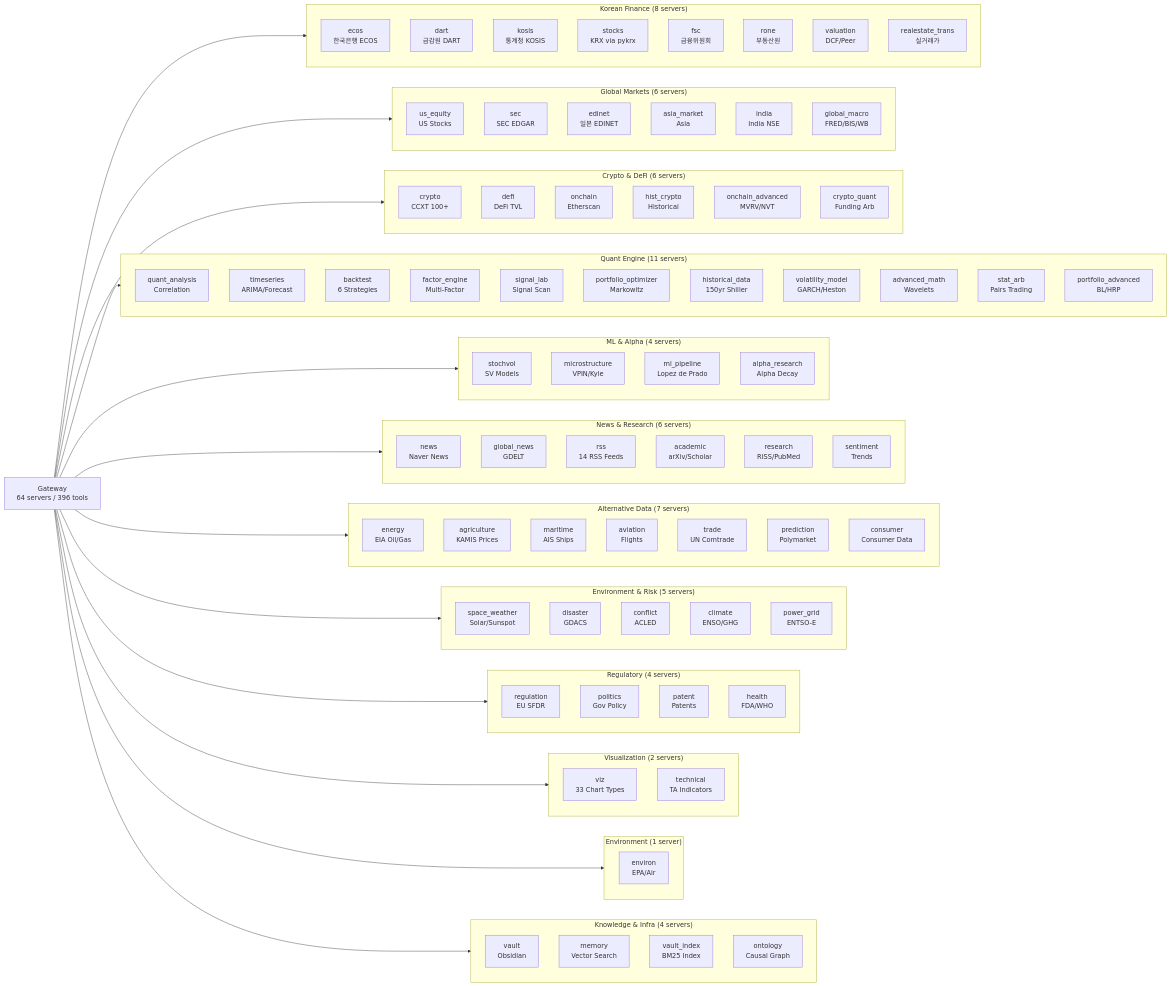
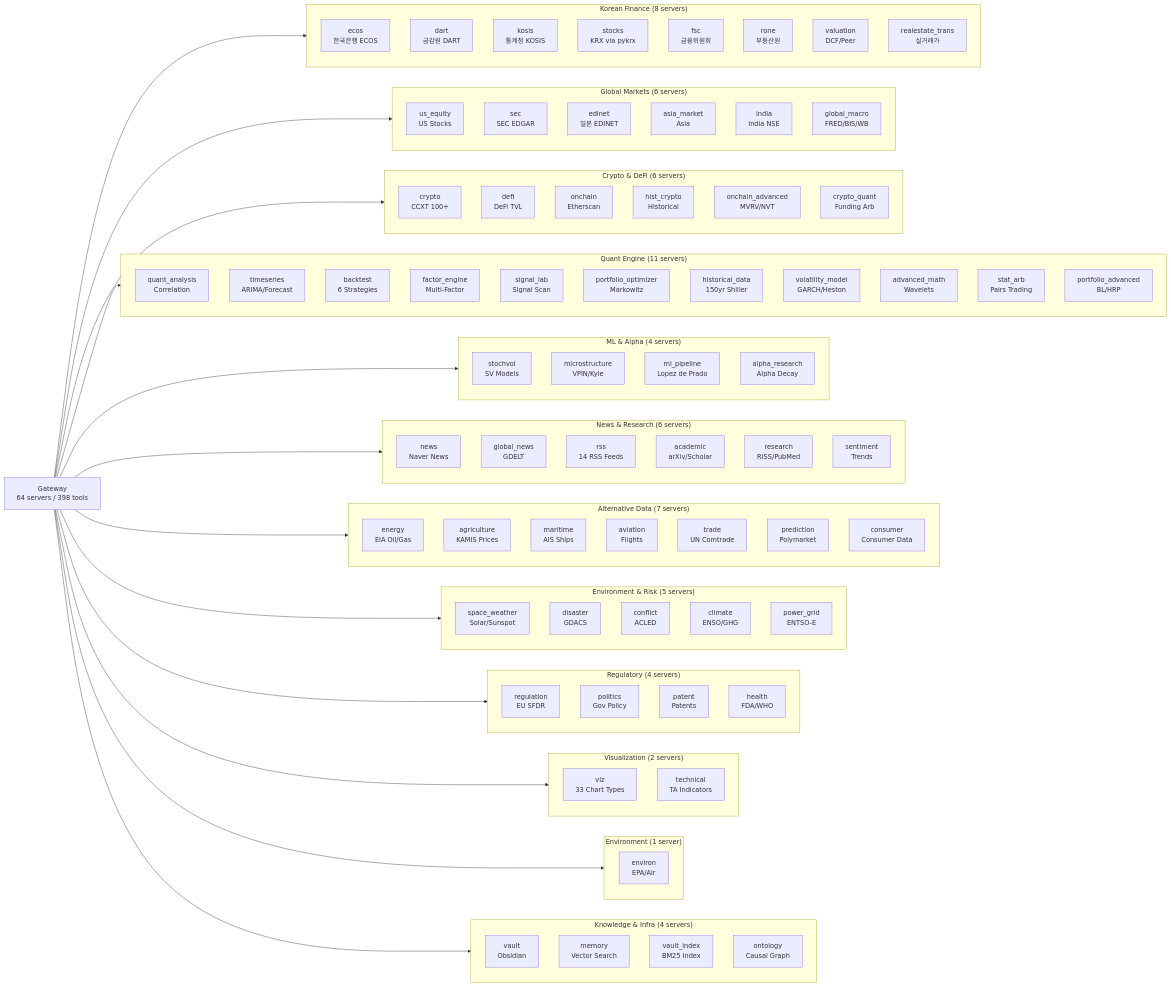
One commit to pollmap/nexus-finance-mcp changed the third of 6 diagrams in docs/DATA_FLOW.md. Above: the diagram before and after it, drawn with Mermaid. The commit also changed other lines of this file and 9 other files, not shown here.

````diff
--- a/docs/DATA_FLOW.md
+++ b/docs/DATA_FLOW.md
@@ -121,6 +121,6 @@
 ```mermaid
 graph LR
-    GW[Gateway<br/>64 servers / 396 tools]
+    GW[Gateway<br/>64 servers / 398 tools]
 
     subgraph KR["Korean Finance (8 servers)"]
         ecos[ecos<br/>한국은행 ECOS]
````
